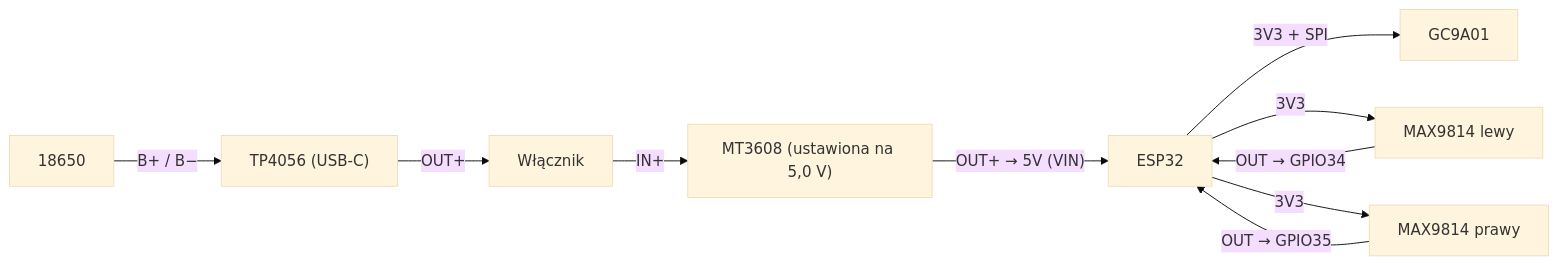
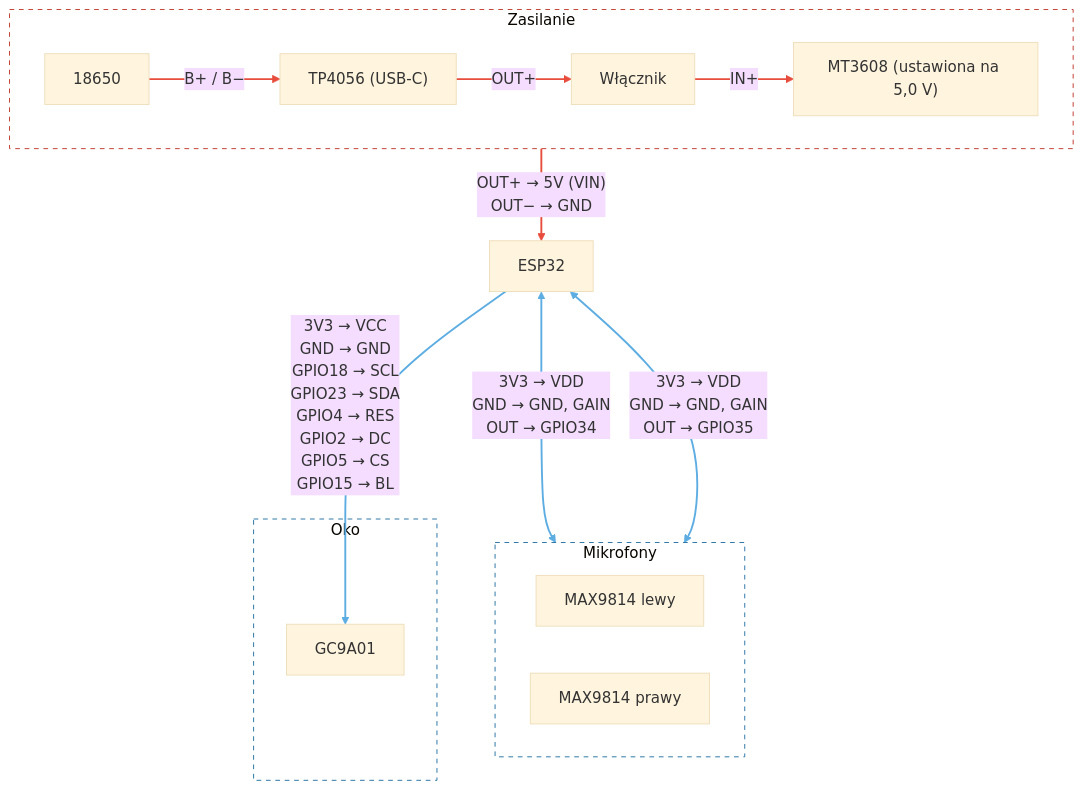
The diagram in README.pl.md (wielorzeczownik/crown-of-the-lamb), drawn with Mermaid (base theme) before and after one commit. The commit also changed 1 other file, not shown here.

Commit message:
docs(readme): show every esp32 pin in the grouped wiring diagram (#213)
* docs(readme): update readme, screenshots and logo for the new OTA tab

* docs(readme): show every esp32 pin in the grouped wiring diagram

````diff
--- a/README.pl.md
+++ b/README.pl.md
@@ -25,12 +25,27 @@
 ```mermaid
-flowchart LR
-  BAT[18650] -->|"B+ / B−"| CHG["TP4056 (USB-C)"]
-  CHG -->|"OUT+"| SW[Włącznik]
-  SW -->|"IN+"| BOOST["MT3608 (ustawiona na 5,0 V)"]
-  BOOST -->|"OUT+ → 5V (VIN)"| ESP[ESP32]
-  ESP -->|"3V3 + SPI"| LCD[GC9A01]
-  ESP -->|3V3| MICL[MAX9814 lewy]
-  ESP -->|3V3| MICR[MAX9814 prawy]
-  MICL -->|"OUT → GPIO34"| ESP
-  MICR -->|"OUT → GPIO35"| ESP
+flowchart TB
+  subgraph PWR["Zasilanie"]
+    direction LR
+    BAT["18650"] -->|"B+ / B−"| CHG["TP4056 (USB-C)"]
+    CHG -->|"OUT+"| SW["Włącznik"]
+    SW -->|"IN+"| BOOST["MT3608 (ustawiona na 5,0 V)"]
+  end
+  subgraph EARS["Mikrofony"]
+    direction LR
+    MICL["MAX9814 lewy"]
+    MICR["MAX9814 prawy"]
+  end
+  subgraph EYE["Oko"]
+    LCD["GC9A01"]
+  end
+  BOOST -->|"OUT+ → 5V (VIN)<br/>OUT− → GND"| ESP["ESP32"]
+  ESP -->|"3V3 → VCC<br/>GND → GND<br/>GPIO18 → SCL<br/>GPIO23 → SDA<br/>GPIO4 → RES<br/>GPIO2 → DC<br/>GPIO5 → CS<br/>GPIO15 → BL"| LCD
+  ESP <-->|"3V3 → VDD<br/>GND → GND, GAIN<br/>OUT → GPIO34"| MICL
+  ESP <-->|"3V3 → VDD<br/>GND → GND, GAIN<br/>OUT → GPIO35"| MICR
+
+  style PWR fill:none,stroke:#c0392b,stroke-dasharray:5 5
+  style EYE fill:none,stroke:#2471a3,stroke-dasharray:5 5
+  style EARS fill:none,stroke:#2471a3,stroke-dasharray:5 5
+  linkStyle 0,1,2,3 stroke:#e74c3c,stroke-width:2px
+  linkStyle 4,5,6 stroke:#5dade2,stroke-width:2px
 ```
````
